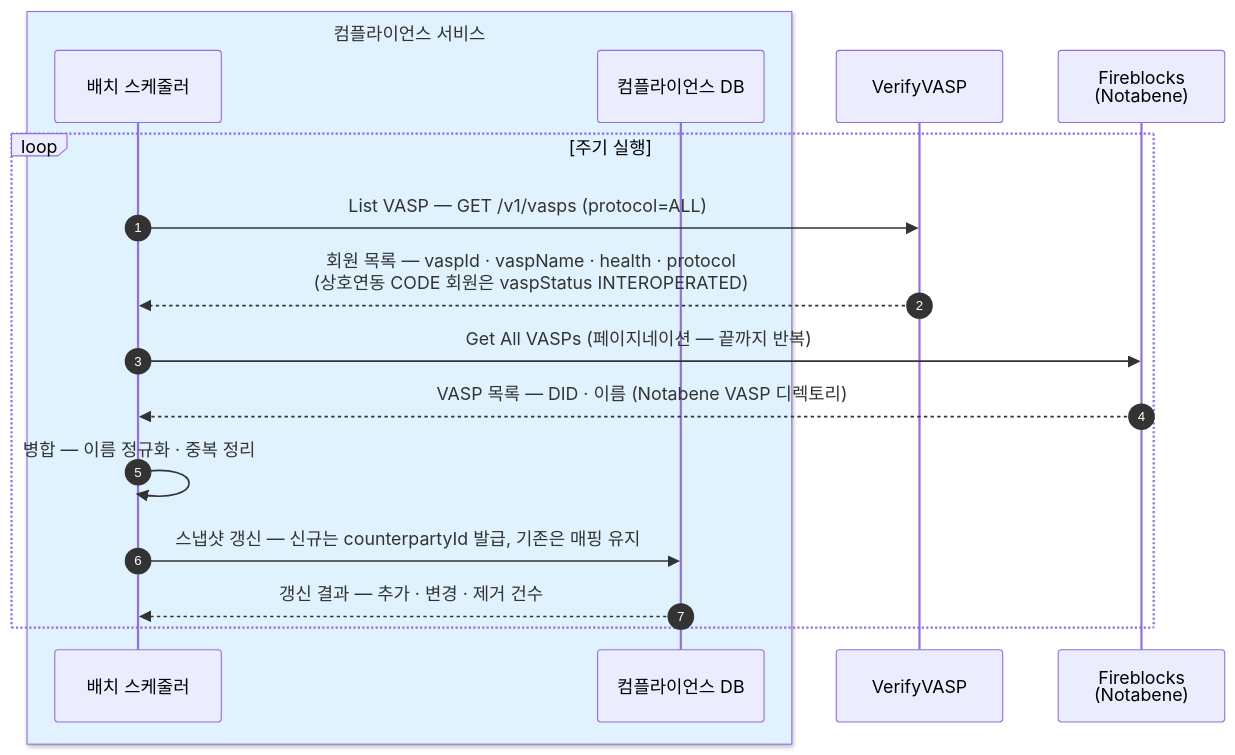
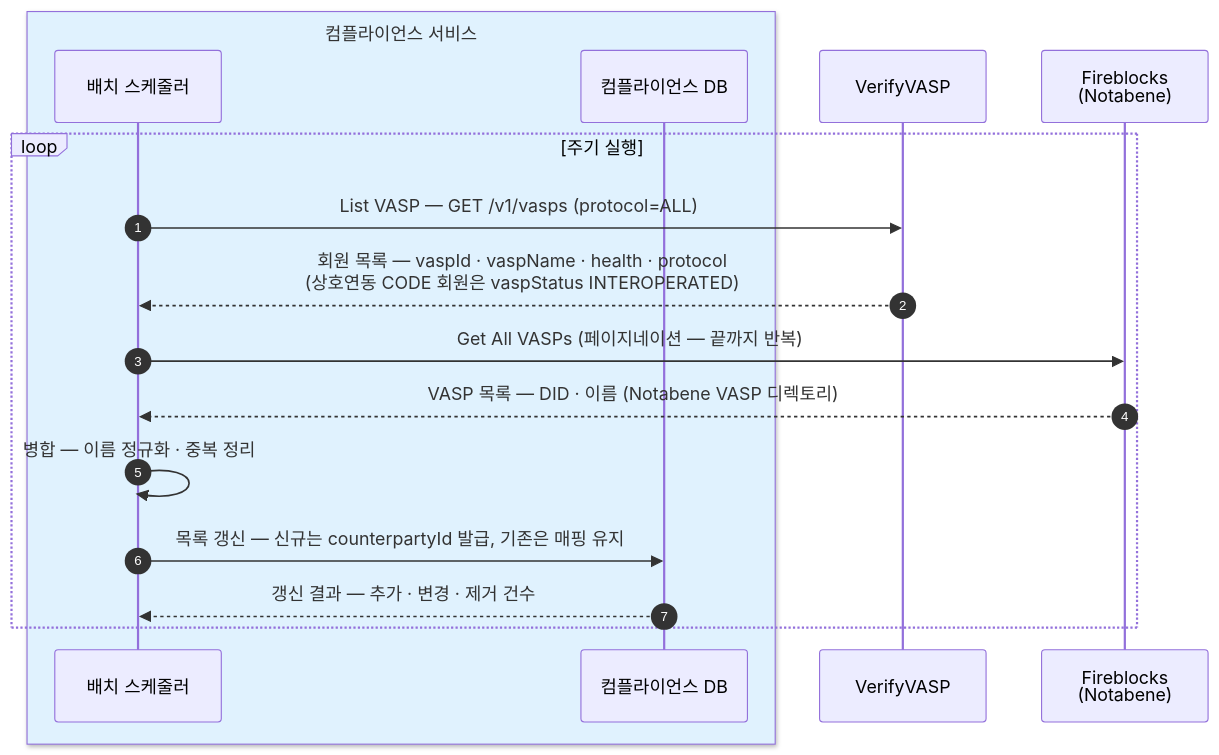
One commit to eunsujeo/eunpus changed the first of 4 diagrams in blockchain-manager/docs/컴플라이언스/설계/01-interface.md. Above: the diagram before and after it, drawn with Mermaid. The commit also changed other lines of this file and 8 other files, not shown here.

````diff
--- a/blockchain-manager/docs/컴플라이언스/설계/01-interface.md
+++ b/blockchain-manager/docs/컴플라이언스/설계/01-interface.md
@@ -61,20 +59,20 @@
 ```mermaid
 sequenceDiagram
     autonumber
     box rgb(224,242,254) 컴플라이언스 서비스
     participant SCH as 배치 스케줄러
     participant DB as 컴플라이언스 DB
     end
     participant VV as VerifyVASP
     participant FB as Fireblocks<br/>(Notabene)
 
     loop 주기 실행
         SCH->>VV: List VASP — GET /v1/vasps (protocol=ALL)
         VV-->>SCH: 회원 목록 — vaspId · vaspName · health · protocol<br/>(상호연동 CODE 회원은 vaspStatus INTEROPERATED)
         SCH->>FB: Get All VASPs (페이지네이션 — 끝까지 반복)
         FB-->>SCH: VASP 목록 — DID · 이름 (Notabene VASP 디렉토리)
         SCH->>SCH: 병합 — 이름 정규화 · 중복 정리
-        SCH->>DB: 스냅샷 갱신 — 신규는 counterpartyId 발급, 기존은 매핑 유지
+        SCH->>DB: 목록 갱신 — 신규는 counterpartyId 발급, 기존은 매핑 유지
         DB-->>SCH: 갱신 결과 — 추가 · 변경 · 제거 건수
     end
 ```
````
